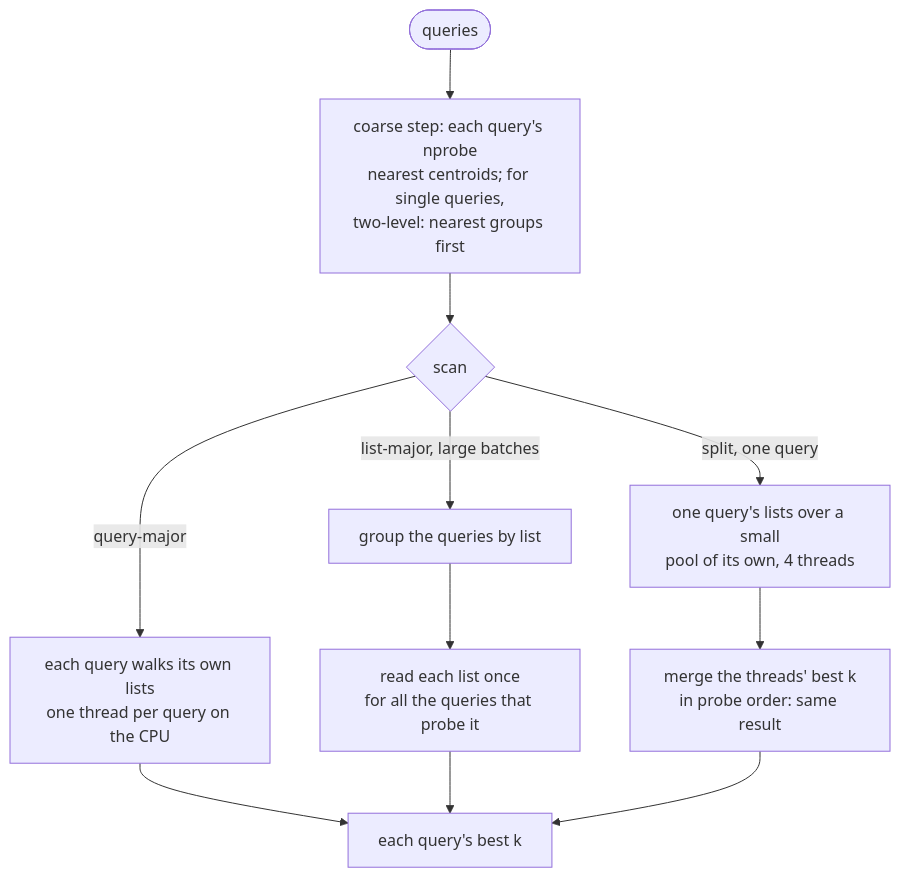
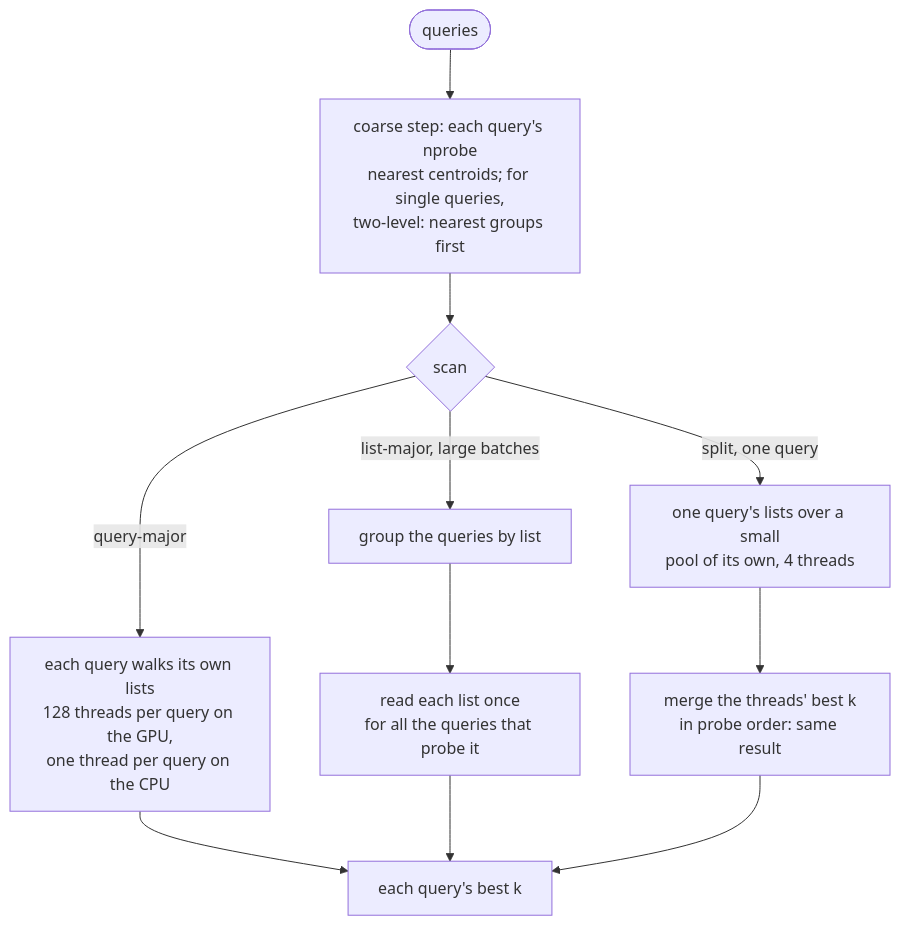
Before and after one commit to vglazer/siann: the fourth of 4 diagrams in ARCHITECTURE.md, drawn with Mermaid. The commit also changed other lines of this file and 14 other files, not shown here.

First line of the commit message:
Docs: merge RESULTS into BENCHMARKS, each fact in one place

````diff
--- a/ARCHITECTURE.md
+++ b/ARCHITECTURE.md
@@ -152,11 +125,11 @@
 ```mermaid
 flowchart TB
     qs(["queries"]) --> coarse["coarse step: each query's nprobe<br/>nearest centroids; for single queries,<br/>two-level: nearest groups first"]
     coarse --> mode{"scan"}
-    mode -- "query-major" --> qm["each query walks its own lists<br/>one thread per query on the CPU"]
+    mode -- "query-major" --> qm["each query walks its own lists<br/>128 threads per query on the GPU,<br/>one thread per query on the CPU"]
     mode -- "list-major, large batches" --> grp["group the queries by list"] --> lm["read each list once<br/>for all the queries that probe it"]
     mode -- "split, one query" --> sp["one query's lists over a small<br/>pool of its own, 4 threads"]
     qm --> merge["each query's best k"]
     lm --> merge
     sp --> merge2["merge the threads' best k<br/>in probe order: same result"] --> merge
 ```
````
